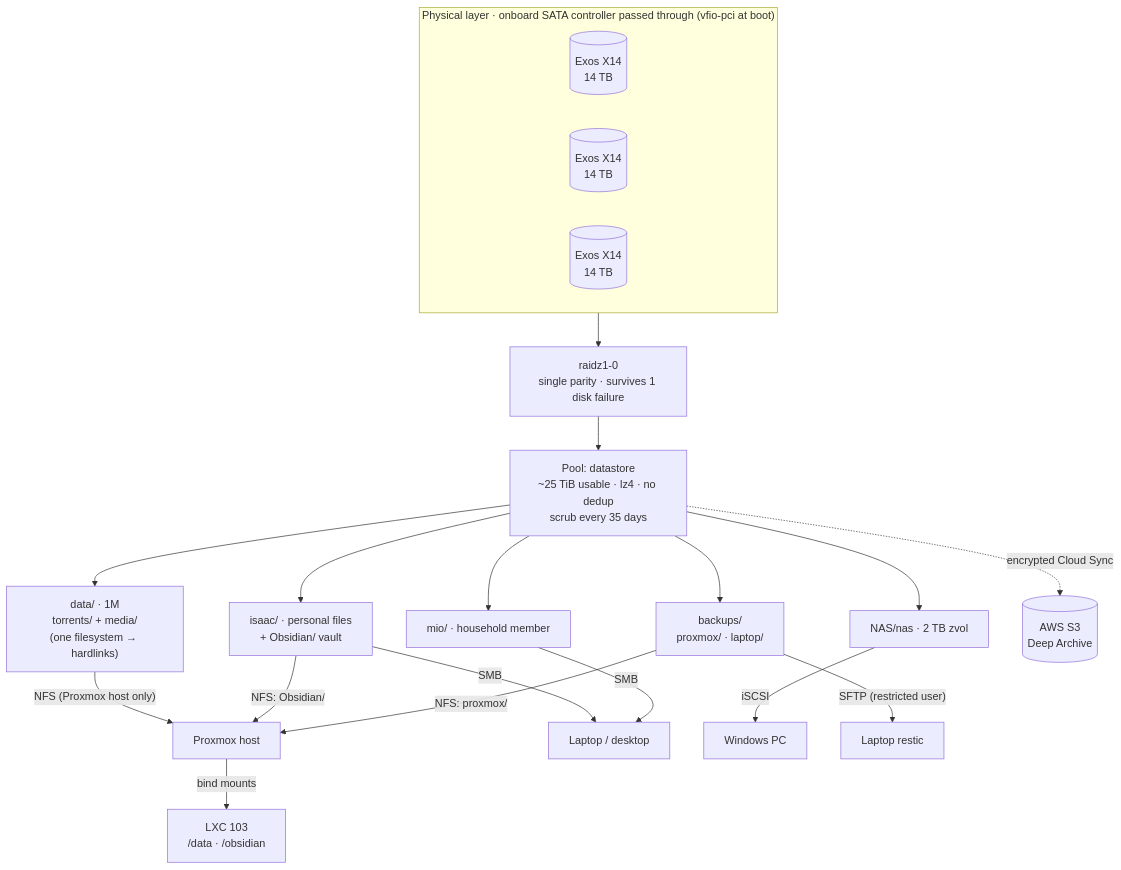
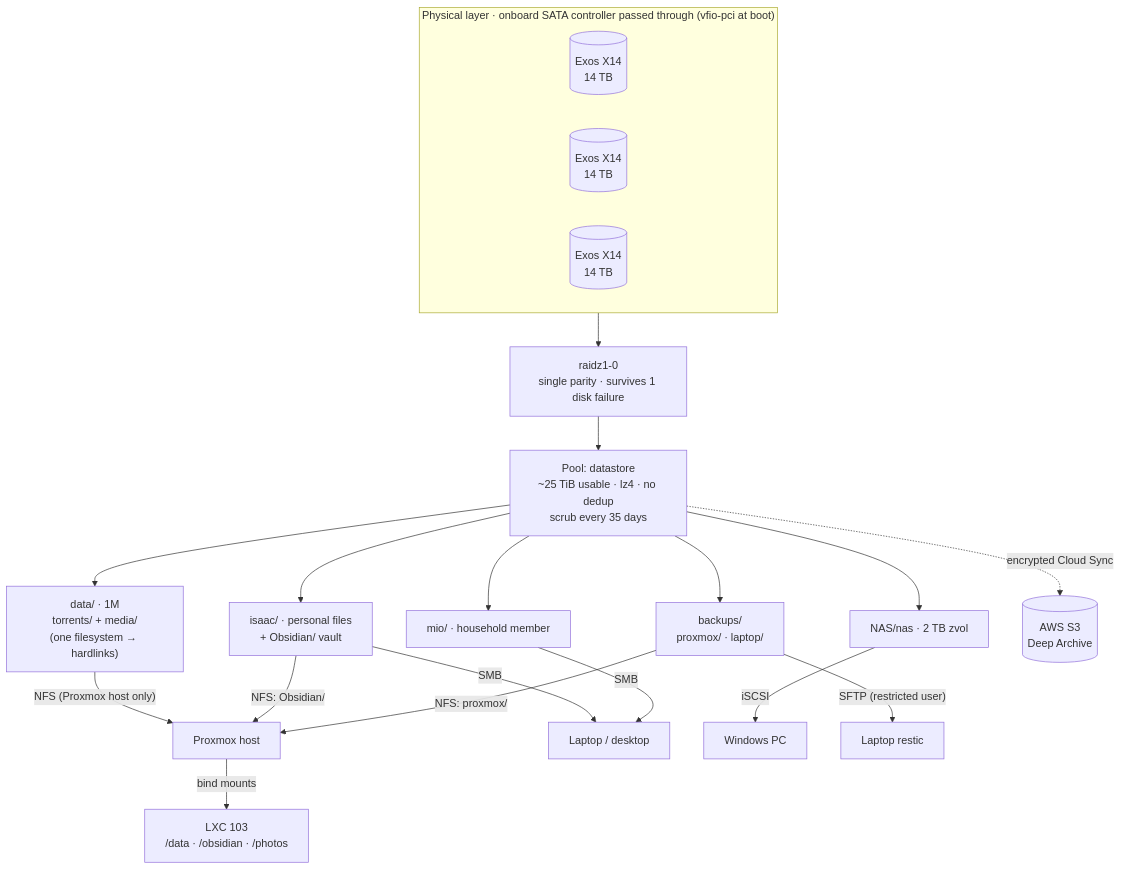
The third of 4 diagrams in diagrams/README.md (isaacinthecloud/homelab-infrastructure), drawn with Mermaid before and after one commit. The commit also changed other lines of this file and 10 other files, not shown here.

````diff
--- a/diagrams/README.md
+++ b/diagrams/README.md
@@ -97,27 +97,27 @@
 ```mermaid
 flowchart TB
     subgraph phys["Physical layer · onboard SATA controller passed through (vfio-pci at boot)"]
         direction LR
         d1[("Exos X14<br/>14 TB")]
         d2[("Exos X14<br/>14 TB")]
         d3[("Exos X14<br/>14 TB")]
     end
     phys --> vdev["raidz1-0<br/>single parity · survives 1 disk failure"]
     vdev --> pool["Pool: datastore<br/>~25 TiB usable · lz4 · no dedup<br/>scrub every 35 days"]
 
     pool --> data["data/ · 1M<br/>torrents/ + media/<br/>(one filesystem → hardlinks)"]
     pool --> isaac["isaac/ · personal files<br/>+ Obsidian/ vault"]
     pool --> mio["mio/ · household member"]
     pool --> zvol["NAS/nas · 2 TB zvol"]
     pool --> bk["backups/<br/>proxmox/ · laptop/"]
 
     data -- "NFS (Proxmox host only)" --> pveh["Proxmox host"]
     isaac -- "NFS: Obsidian/" --> pveh
     bk -- "NFS: proxmox/" --> pveh
-    pveh -- "bind mounts" --> lxc["LXC 103<br/>/data · /obsidian"]
+    pveh -- "bind mounts" --> lxc["LXC 103<br/>/data · /obsidian · /photos"]
     isaac -- "SMB" --> clients["Laptop / desktop"]
     mio -- "SMB" --> clients
     zvol -- "iSCSI" --> winpc["Windows PC"]
     bk -- "SFTP (restricted user)" --> laptop["Laptop restic"]
     pool -. "encrypted Cloud Sync" .-> s3[("AWS S3<br/>Deep Archive")]
 ```
````
